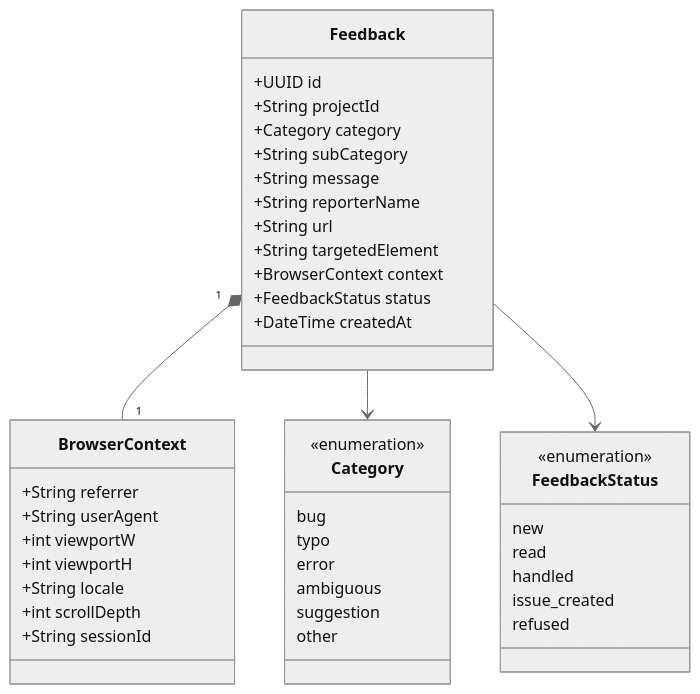
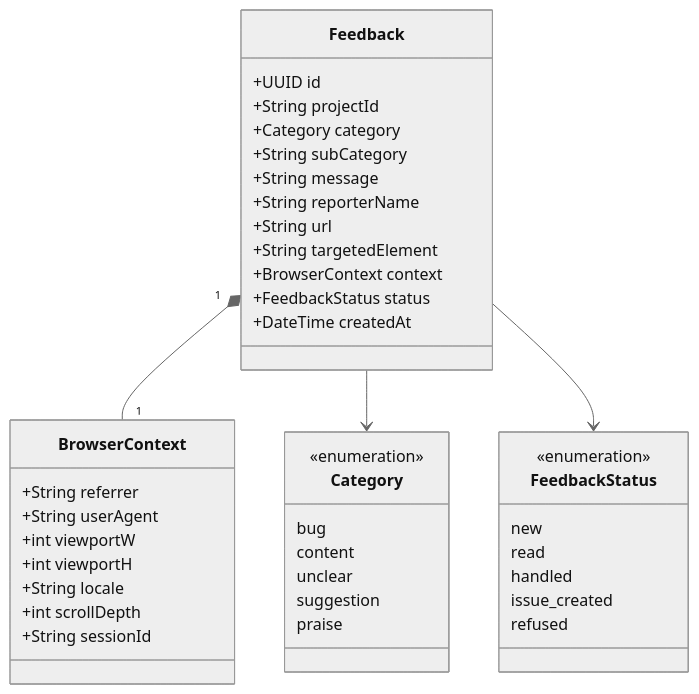
Before and after one commit to benoit-bremaud/feedback-widget: the diagram in docs/architecture/diagrams/feedback-dashboard/04-class.md, drawn with Mermaid (neutral theme). The commit also changed other lines of this file and 21 other files, not shown here.

````diff
--- a/docs/architecture/diagrams/feedback-dashboard/04-class.md
+++ b/docs/architecture/diagrams/feedback-dashboard/04-class.md
@@ -15,45 +15,44 @@
 ```mermaid
 classDiagram
   class Feedback {
     +UUID id
     +String projectId
     +Category category
     +String subCategory
     +String message
     +String reporterName
     +String url
     +String targetedElement
     +BrowserContext context
     +FeedbackStatus status
     +DateTime createdAt
   }
   class BrowserContext {
     +String referrer
     +String userAgent
     +int viewportW
     +int viewportH
     +String locale
     +int scrollDepth
     +String sessionId
   }
   class Category {
     <<enumeration>>
     bug
-    typo
-    error
-    ambiguous
+    content
+    unclear
     suggestion
-    other
+    praise
   }
   class FeedbackStatus {
     <<enumeration>>
     new
     read
     handled
     issue_created
     refused
   }
   Feedback "1" *-- "1" BrowserContext
   Feedback --> Category
   Feedback --> FeedbackStatus
 ```
````
